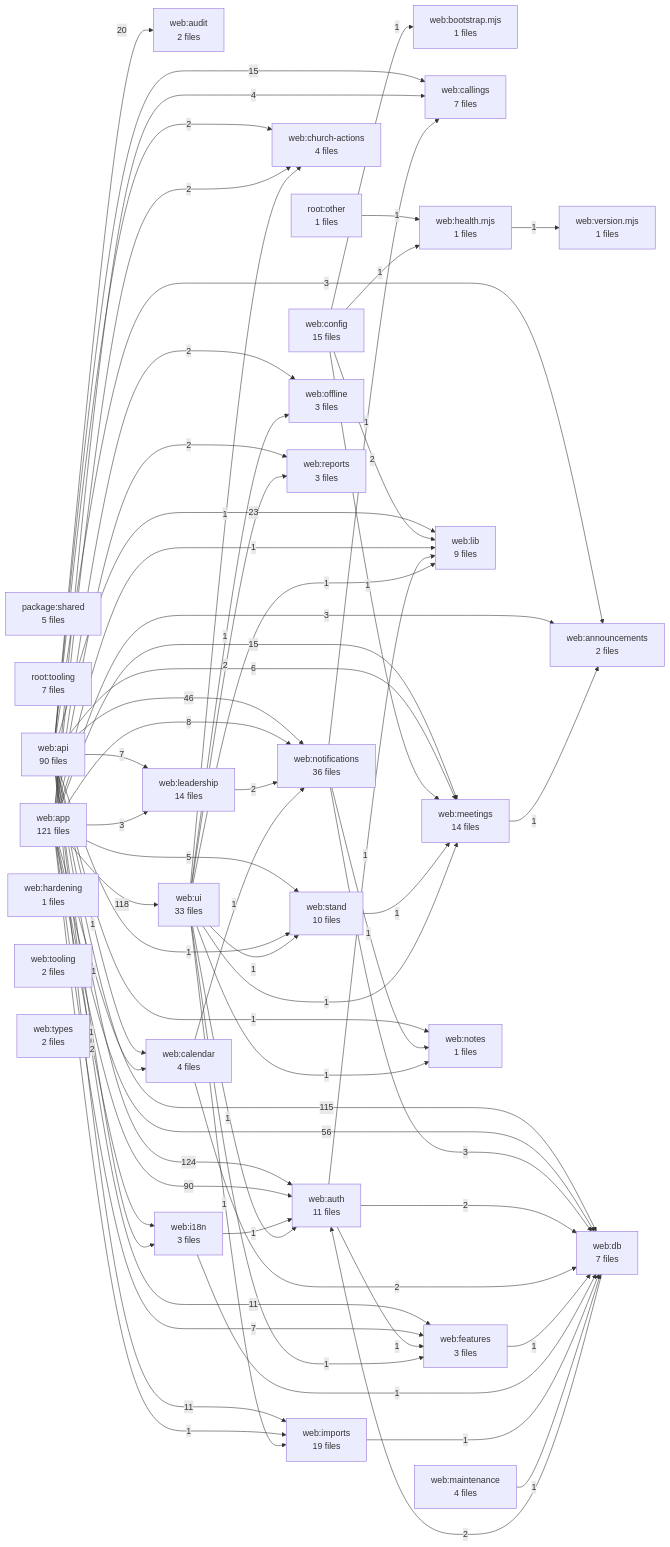
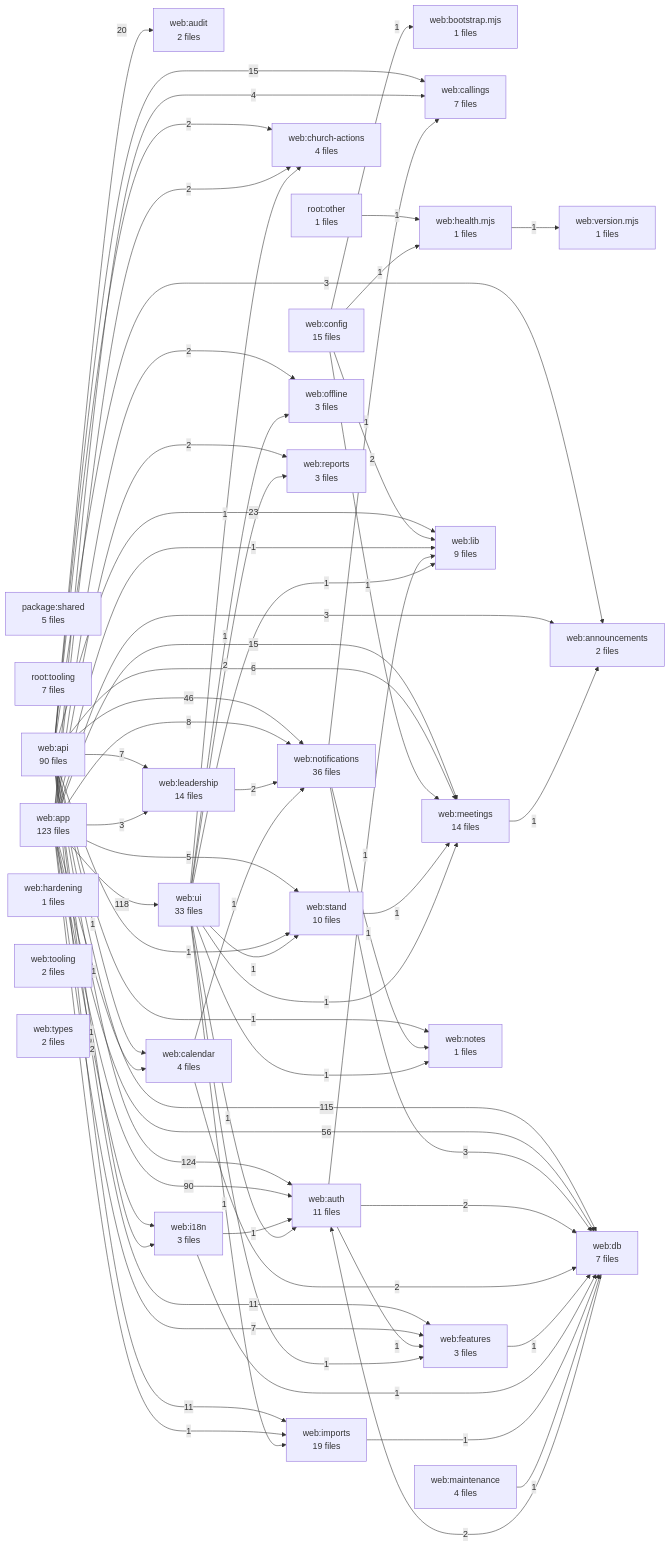
One commit to kalebhall/the-stand changed the diagram in docs/DEPENDENCY_GRAPH.md. Above: the diagram before and after it, drawn with Mermaid. The commit also changed other lines of this file and 10 other files, not shown here.

```diff
--- a/docs/DEPENDENCY_GRAPH.md
+++ b/docs/DEPENDENCY_GRAPH.md
@@ -15,7 +15,7 @@
   A3["root:tooling<br/>7 files"]
   A4["web:announcements<br/>2 files"]
   A5["web:api<br/>90 files"]
-  A6["web:app<br/>121 files"]
+  A6["web:app<br/>123 files"]
   A7["web:audit<br/>2 files"]
   A8["web:auth<br/>11 files"]
   A9["web:bootstrap.mjs<br/>1 files"]
```
